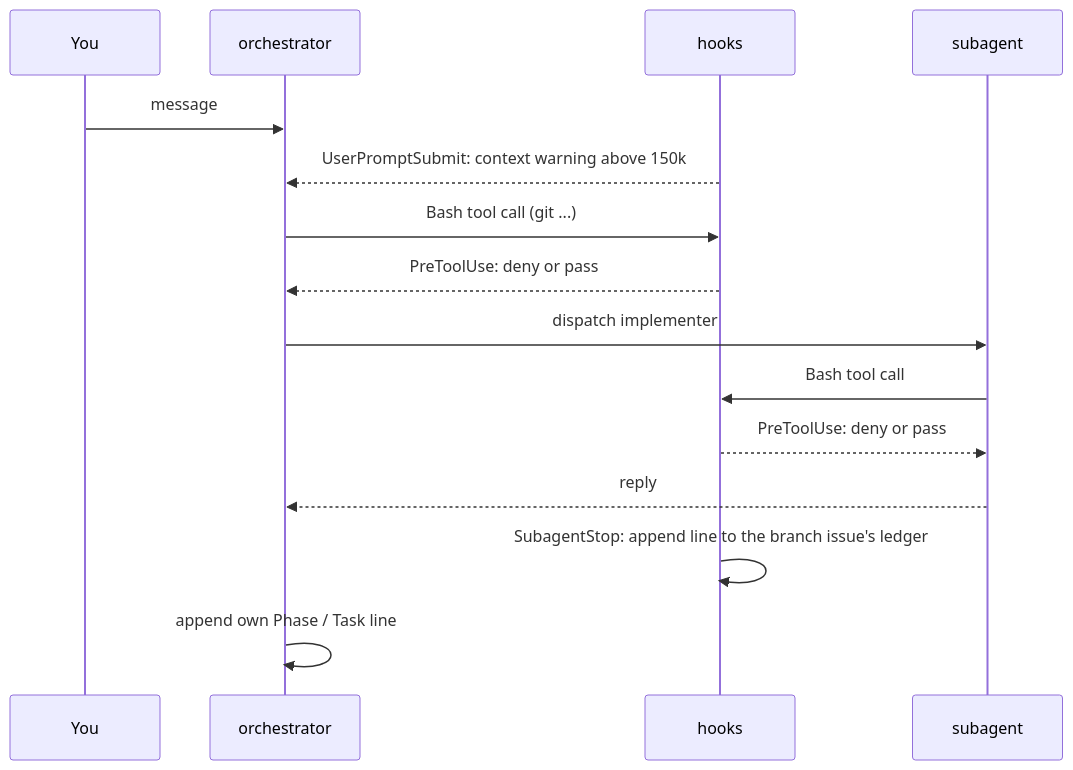
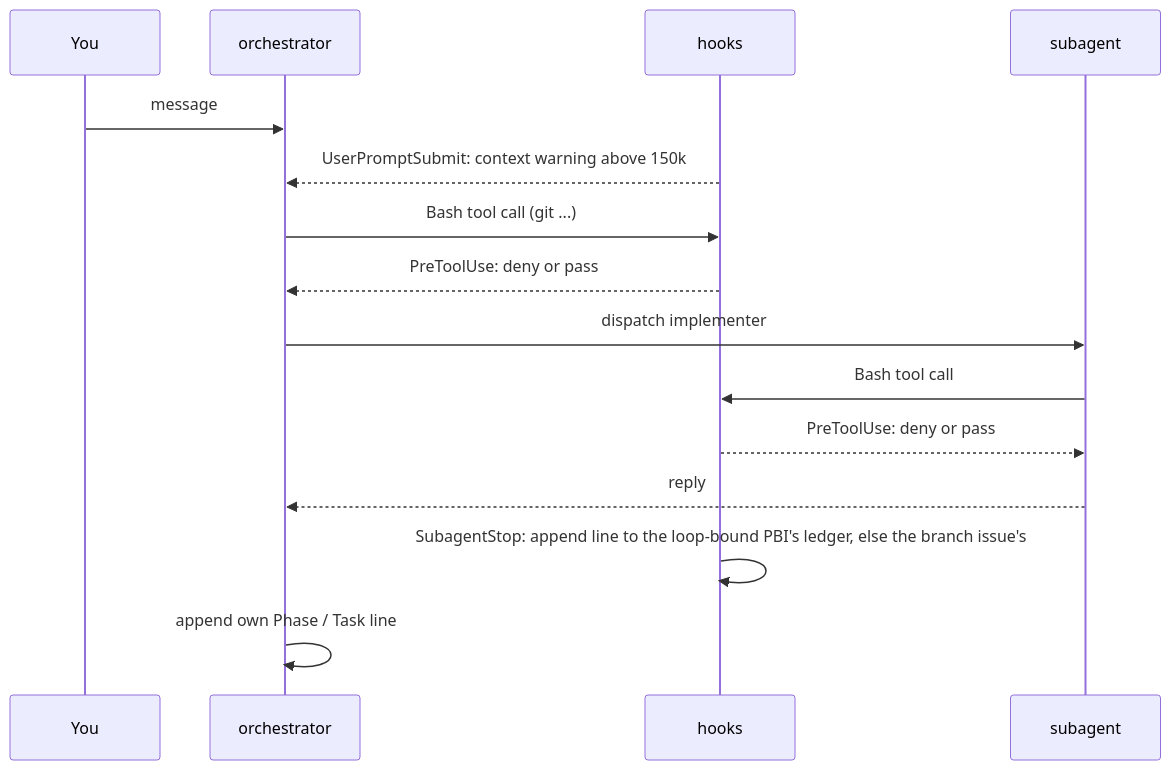
One commit to GravionLabs/apm-hub changed diagram 11 of 11 in docs/orchestrator.md. Above: the diagram before and after it, drawn with Mermaid. The commit also changed other lines of this file and 1 other file, not shown here.

Commit message:
docs(hooks): document the foreign-branch guard and align the hooks diagram (#375)
Refs #375

````diff
--- a/docs/orchestrator.md
+++ b/docs/orchestrator.md
@@ -340,17 +340,17 @@
 ```mermaid
 sequenceDiagram
     participant U as You
     participant O as orchestrator
     participant H as hooks
     participant S as subagent
     U->>O: message
     H-->>O: UserPromptSubmit: context warning above 150k
     O->>H: Bash tool call (git ...)
     H-->>O: PreToolUse: deny or pass
     O->>S: dispatch implementer
     S->>H: Bash tool call
     H-->>S: PreToolUse: deny or pass
     S-->>O: reply
-    H->>H: SubagentStop: append line to the branch issue's ledger
+    H->>H: SubagentStop: append line to the loop-bound PBI's ledger, else the branch issue's
     O->>O: append own Phase / Task line
 ```
````
